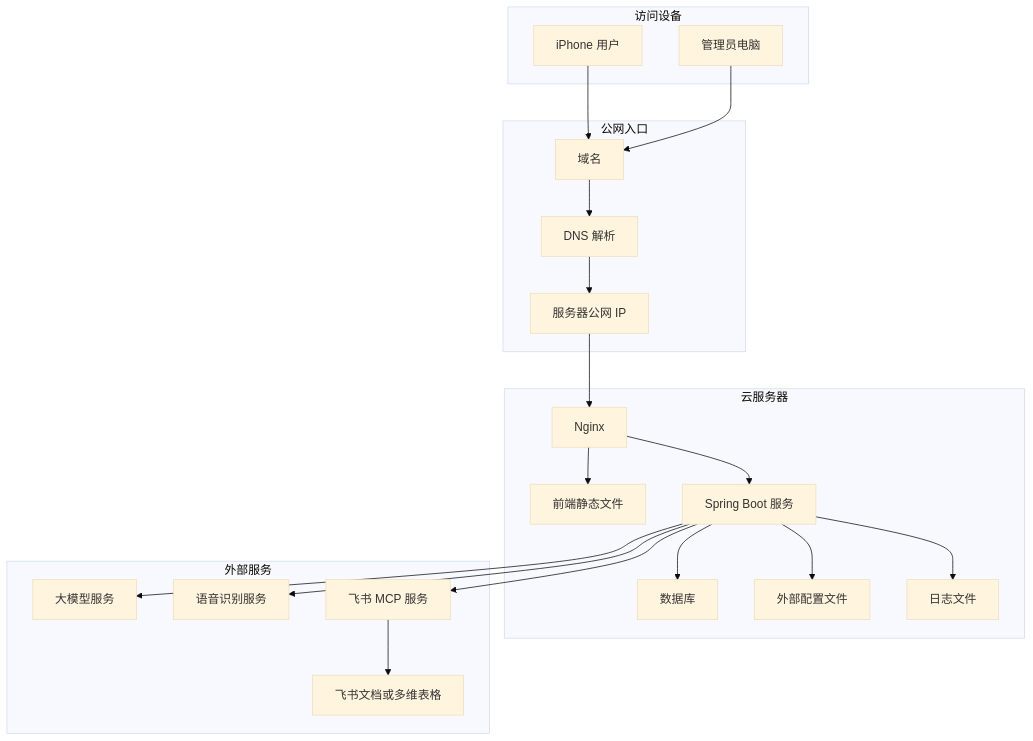
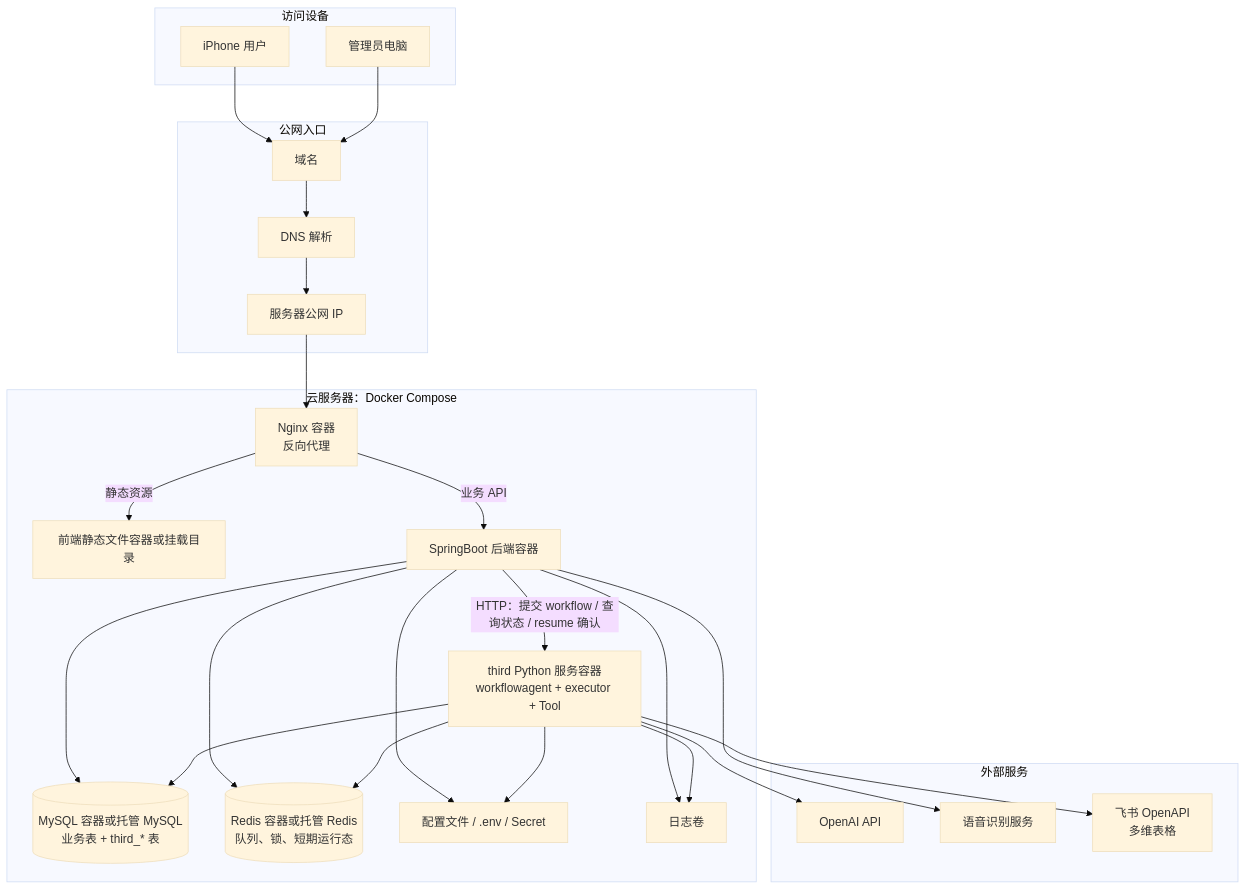
Before and after one commit to 246706510miao-svg/for-mygirl: the diagram in docs/架构图/02_部署边界图.md, drawn with Mermaid (base theme). The commit also changed 3 other files, not shown here.

Commit message:
03计划架构图

````diff
--- a/docs/架构图/02_部署边界图.md
+++ b/docs/架构图/02_部署边界图.md
@@ -1,48 +1,54 @@
 ```mermaid
 flowchart TB
-    subgraph A["访问设备"]
+    subgraph UserSide["访问设备"]
         A1["iPhone 用户"]
         A2["管理员电脑"]
     end
 
-    subgraph B["公网入口"]
+    subgraph PublicEntry["公网入口"]
         B1["域名"]
         B2["DNS 解析"]
         B3["服务器公网 IP"]
     end
 
-    subgraph C["云服务器"]
-        C1["Nginx"]
-        C2["前端静态文件"]
-        C3["Spring Boot 服务"]
-        C4["数据库"]
-        C5["外部配置文件"]
-        C6["日志文件"]
+    subgraph Server["云服务器：Docker Compose"]
+        C1["Nginx 容器<br/>反向代理"]
+        C2["前端静态文件容器或挂载目录"]
+        C3["SpringBoot 后端容器"]
+        C4["third Python 服务容器<br/>workflowagent + executor + Tool"]
+        C5[("MySQL 容器或托管 MySQL<br/>业务表 + third_* 表")]
+        C6[("Redis 容器或托管 Redis<br/>队列、锁、短期运行态")]
+        C7["配置文件 / .env / Secret"]
+        C8["日志卷"]
     end
 
-    subgraph D["外部服务"]
-        D1["大模型服务"]
+    subgraph External["外部服务"]
+        D1["OpenAI API"]
         D2["语音识别服务"]
-        D3["飞书 MCP 服务"]
-        D4["飞书文档或多维表格"]
+        D3["飞书 OpenAPI<br/>多维表格"]
     end
 
     A1 --> B1
     A2 --> B1
-
     B1 --> B2
     B2 --> B3
     B3 --> C1
 
-    C1 --> C2
-    C1 --> C3
+    C1 -->|"静态资源"| C2
+    C1 -->|"业务 API"| C3
 
-    C3 --> C4
+    C3 -->|"HTTP：提交 workflow / 查询状态 / resume 确认"| C4
     C3 --> C5
     C3 --> C6
+    C3 --> C7
+    C3 --> C8
 
-    C3 --> D1
+    C4 --> C5
+    C4 --> C6
+    C4 --> C7
+    C4 --> C8
+
+    C4 --> D1
     C3 --> D2
-    C3 --> D3
-    D3 --> D4
+    C4 --> D3
 ```
````
